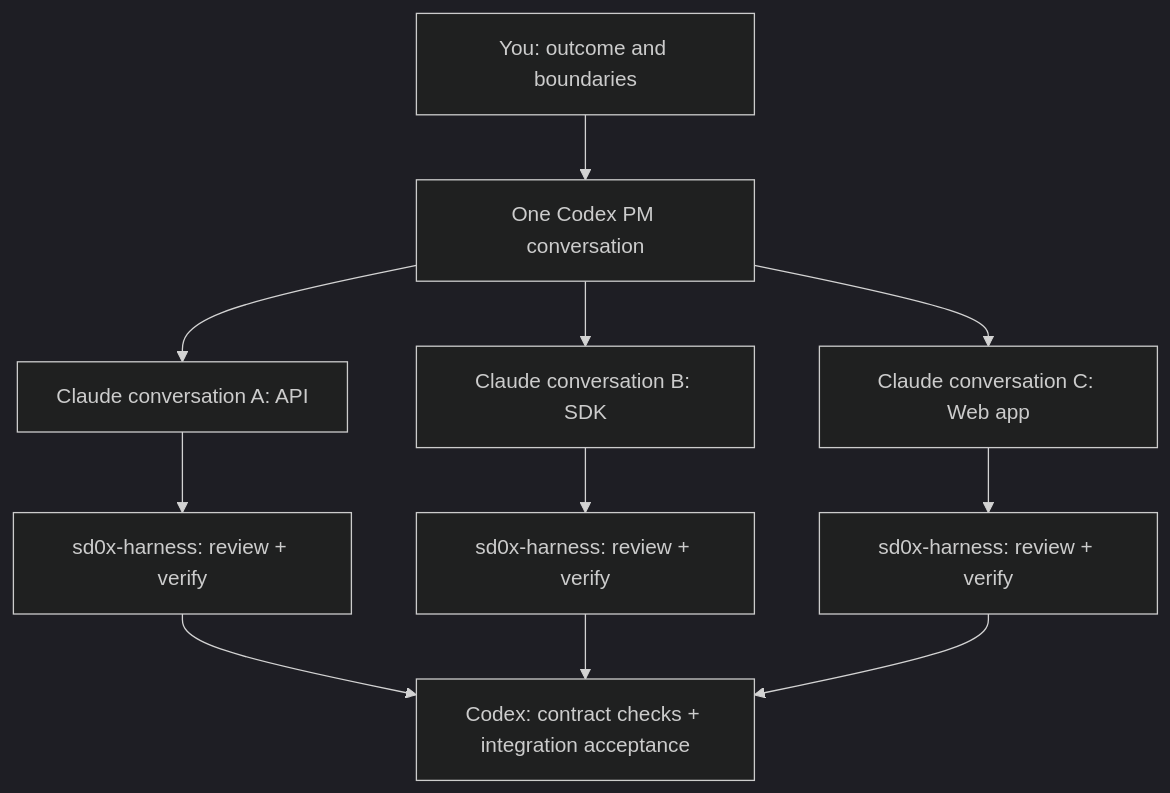
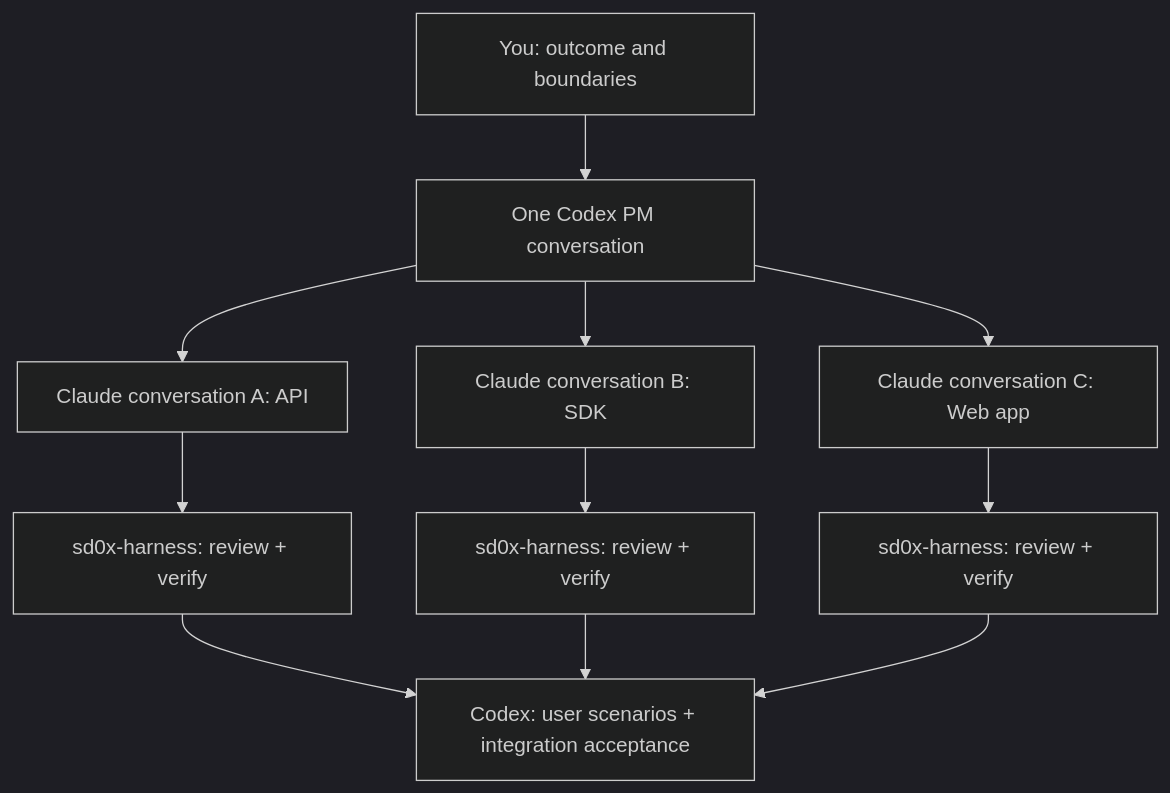
One commit to sd0xdev/codex-dev-team changed the diagram in README.md. Above: the diagram before and after it, drawn with Mermaid (dark theme). The commit also changed other lines of this file and 17 other files, not shown here.

````diff
--- a/README.md
+++ b/README.md
@@ -13,13 +13,13 @@
 ```mermaid
 flowchart TD
     User[You: outcome and boundaries] --> PM[One Codex PM conversation]
     PM --> A[Claude conversation A: API]
     PM --> B[Claude conversation B: SDK]
     PM --> C[Claude conversation C: Web app]
     A --> HA[sd0x-harness: review + verify]
     B --> HB[sd0x-harness: review + verify]
     C --> HC[sd0x-harness: review + verify]
-    HA --> I[Codex: contract checks + integration acceptance]
+    HA --> I[Codex: user scenarios + integration acceptance]
     HB --> I
     HC --> I
 ```
````
